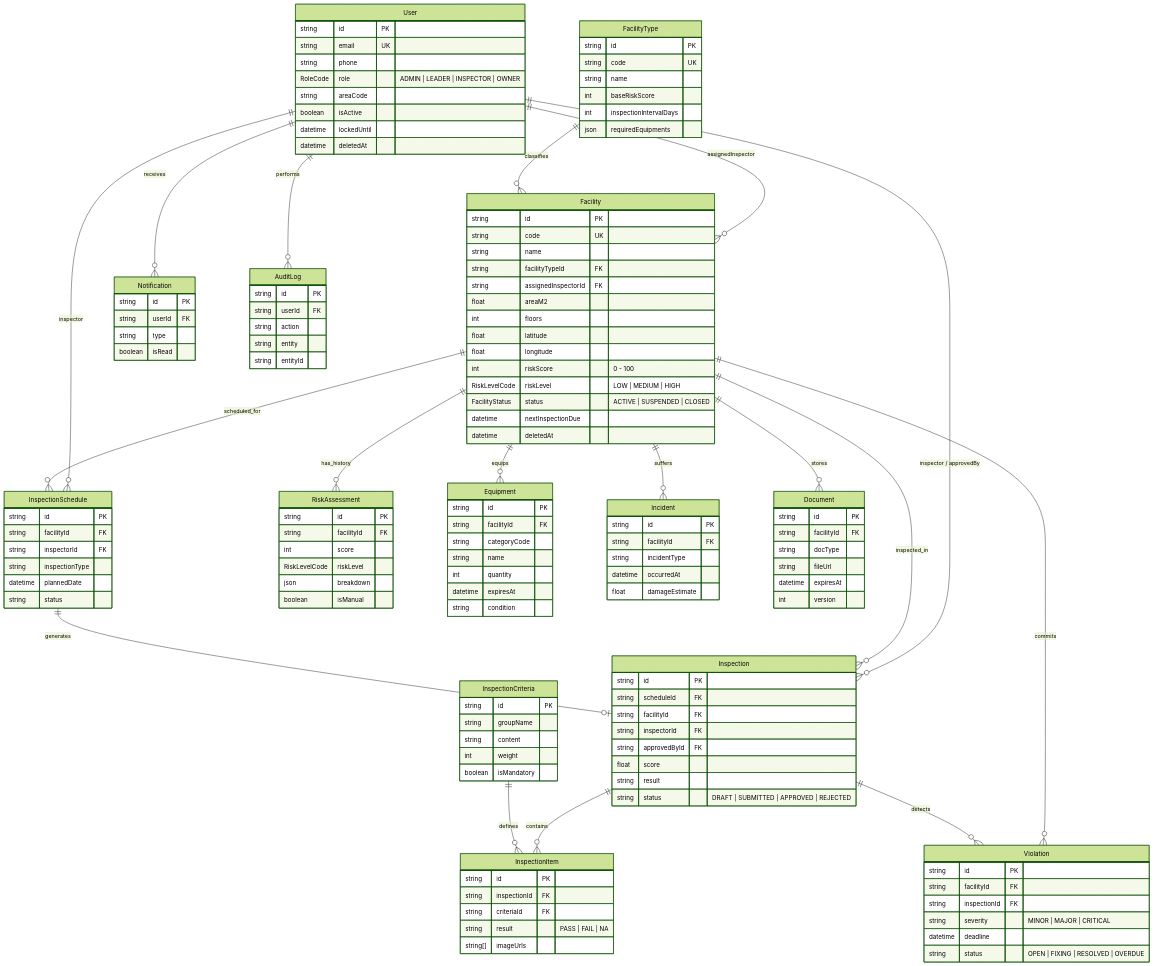
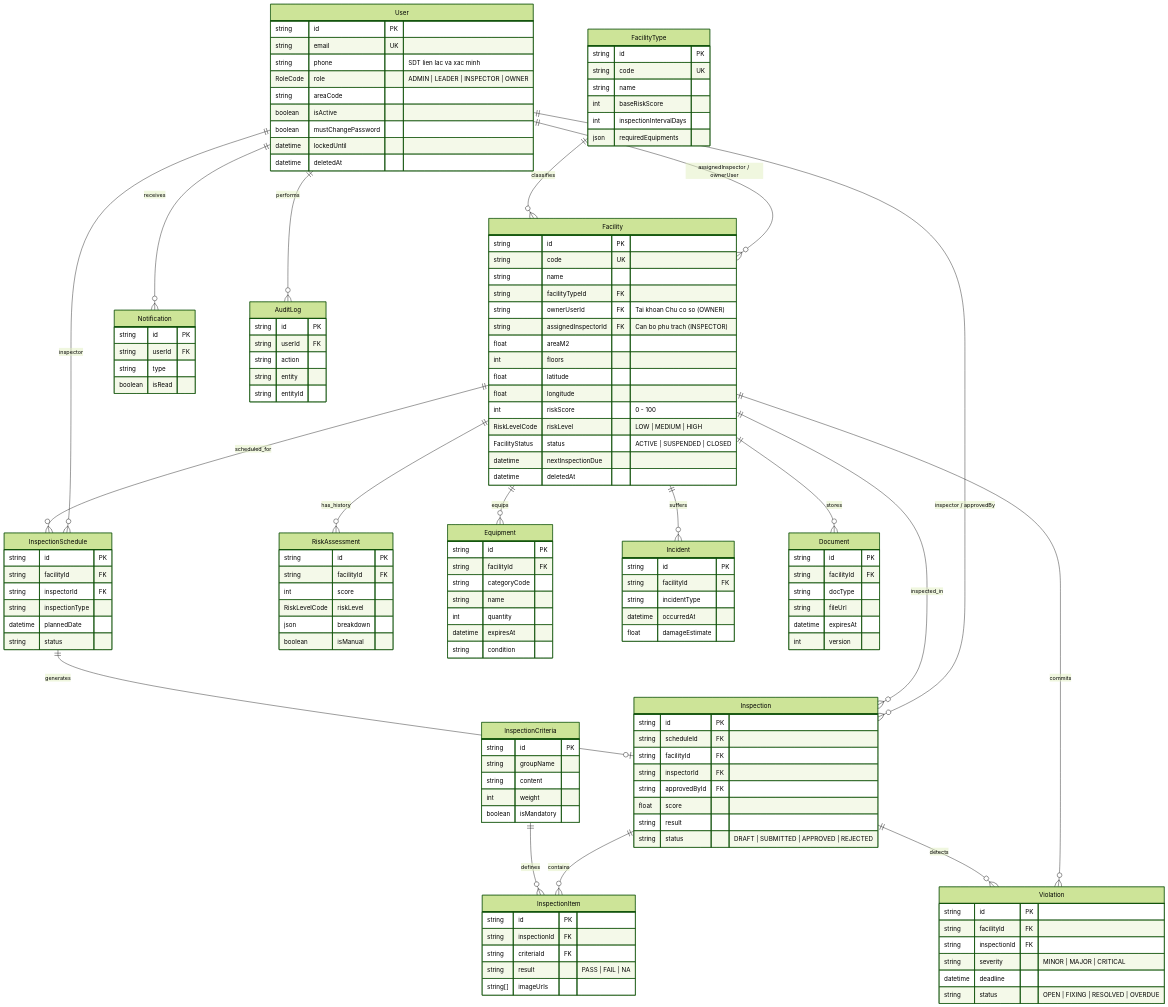
One commit to HuyDev19/G18-FireSafety-System changed the fifth of 5 diagrams in docs/06_SO_DO_HE_THONG.md. Above: the diagram before and after it, drawn with Mermaid (forest theme). The commit also changed other lines of this file and 4 other files, not shown here.

````diff
--- a/docs/06_SO_DO_HE_THONG.md
+++ b/docs/06_SO_DO_HE_THONG.md
@@ -274,6 +275,6 @@
 ```mermaid
 erDiagram
-    User ||--o{ Facility : "assignedInspector"
+    User ||--o{ Facility : "assignedInspector / ownerUser"
     User ||--o{ InspectionSchedule : "inspector"
     User ||--o{ Inspection : "inspector / approvedBy"
     User ||--o{ Notification : "receives"
@@ -297,10 +298,11 @@
     User {
         string id PK
         string email UK
-        string phone 
+        string phone "SDT lien lac va xac minh"
         RoleCode role "ADMIN | LEADER | INSPECTOR | OWNER"
         string areaCode
         boolean isActive
+        boolean mustChangePassword
         datetime lockedUntil
         datetime deletedAt
     }
@@ -319,7 +321,8 @@
         string code UK
         string name
         string facilityTypeId FK
-        string assignedInspectorId FK
+        string ownerUserId FK "Tai khoan Chu co so (OWNER)"
+        string assignedInspectorId FK "Can bo phu trach (INSPECTOR)"
         float areaM2
         int floors
         float latitude
````
